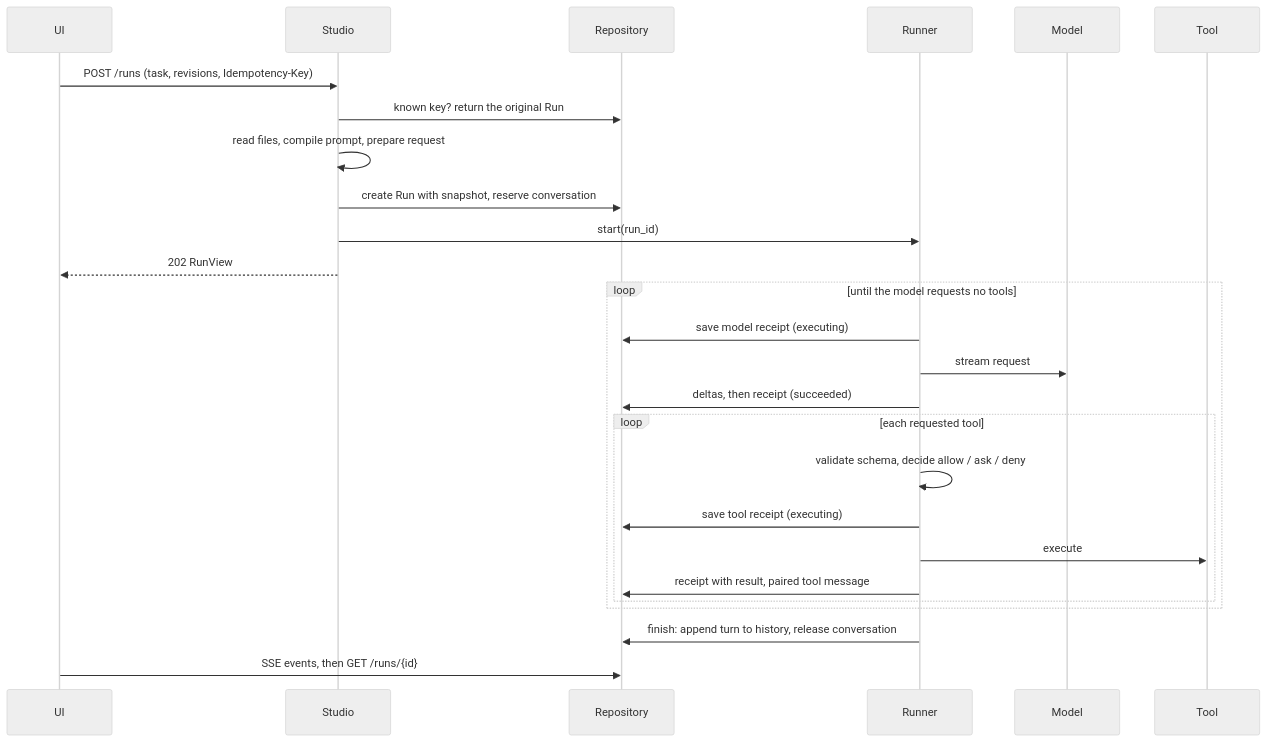
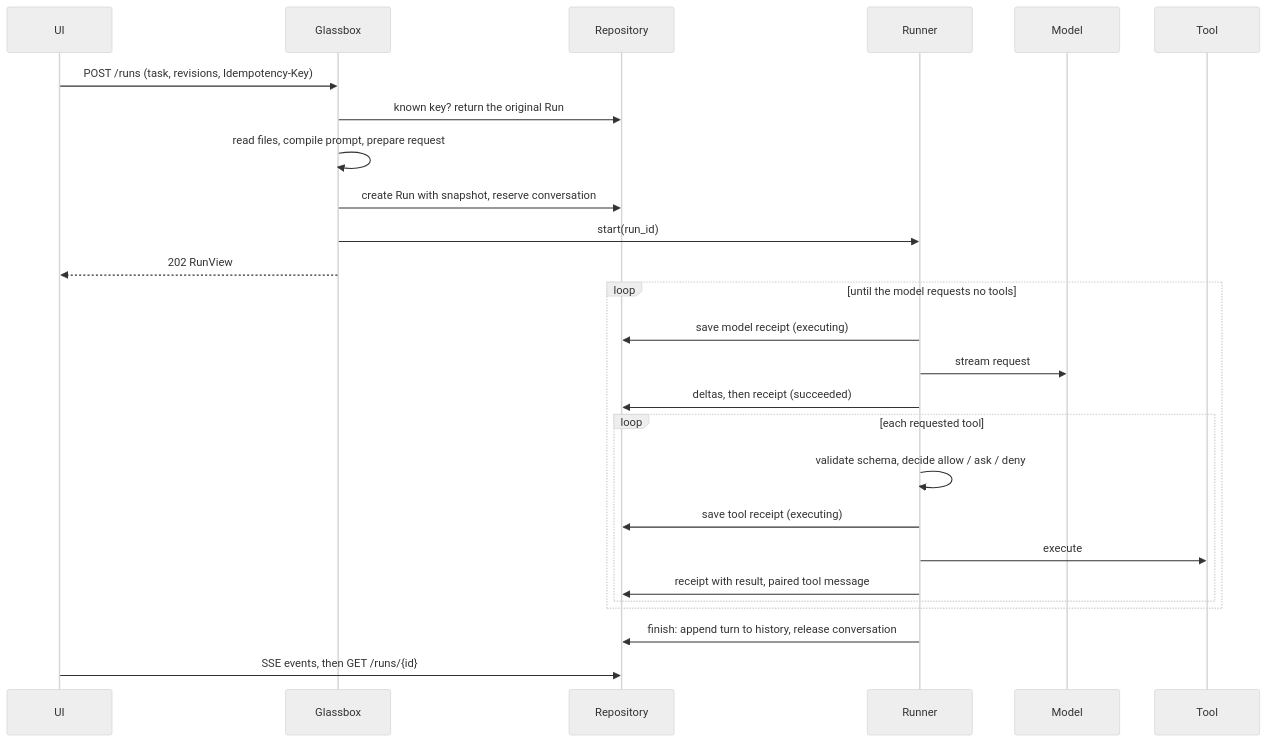
Before and after one commit to shiraha721/glassbox: the second of 3 diagrams in docs/architecture.md, drawn with Mermaid (neutral theme). The commit also changed other lines of this file and 178 other files, not shown here.

````diff
--- a/docs/architecture.md
+++ b/docs/architecture.md
@@ -83,28 +82,28 @@
 ```mermaid
 sequenceDiagram
     participant UI
-    participant Studio
+    participant Glassbox
     participant Repo as Repository
     participant Runner
     participant Model
     participant Tool
-    UI->>Studio: POST /runs (task, revisions, Idempotency-Key)
-    Studio->>Repo: known key? return the original Run
-    Studio->>Studio: read files, compile prompt, prepare request
-    Studio->>Repo: create Run with snapshot, reserve conversation
-    Studio->>Runner: start(run_id)
-    Studio-->>UI: 202 RunView
+    UI->>Glassbox: POST /runs (task, revisions, Idempotency-Key)
+    Glassbox->>Repo: known key? return the original Run
+    Glassbox->>Glassbox: read files, compile prompt, prepare request
+    Glassbox->>Repo: create Run with snapshot, reserve conversation
+    Glassbox->>Runner: start(run_id)
+    Glassbox-->>UI: 202 RunView
     loop until the model requests no tools
         Runner->>Repo: save model receipt (executing)
         Runner->>Model: stream request
         Runner->>Repo: deltas, then receipt (succeeded)
         loop each requested tool
             Runner->>Runner: validate schema, decide allow / ask / deny
             Runner->>Repo: save tool receipt (executing)
             Runner->>Tool: execute
             Runner->>Repo: receipt with result, paired tool message
         end
     end
     Runner->>Repo: finish: append turn to history, release conversation
     UI->>Repo: SSE events, then GET /runs/{id}
 ```
````
